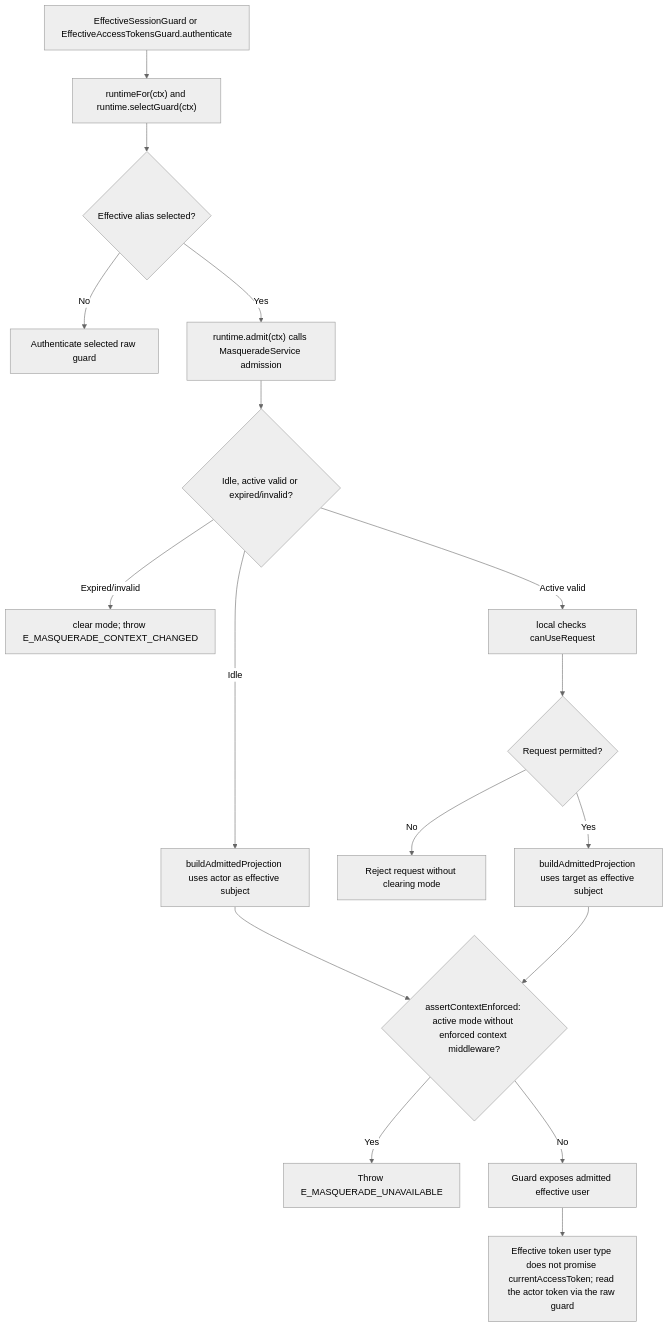
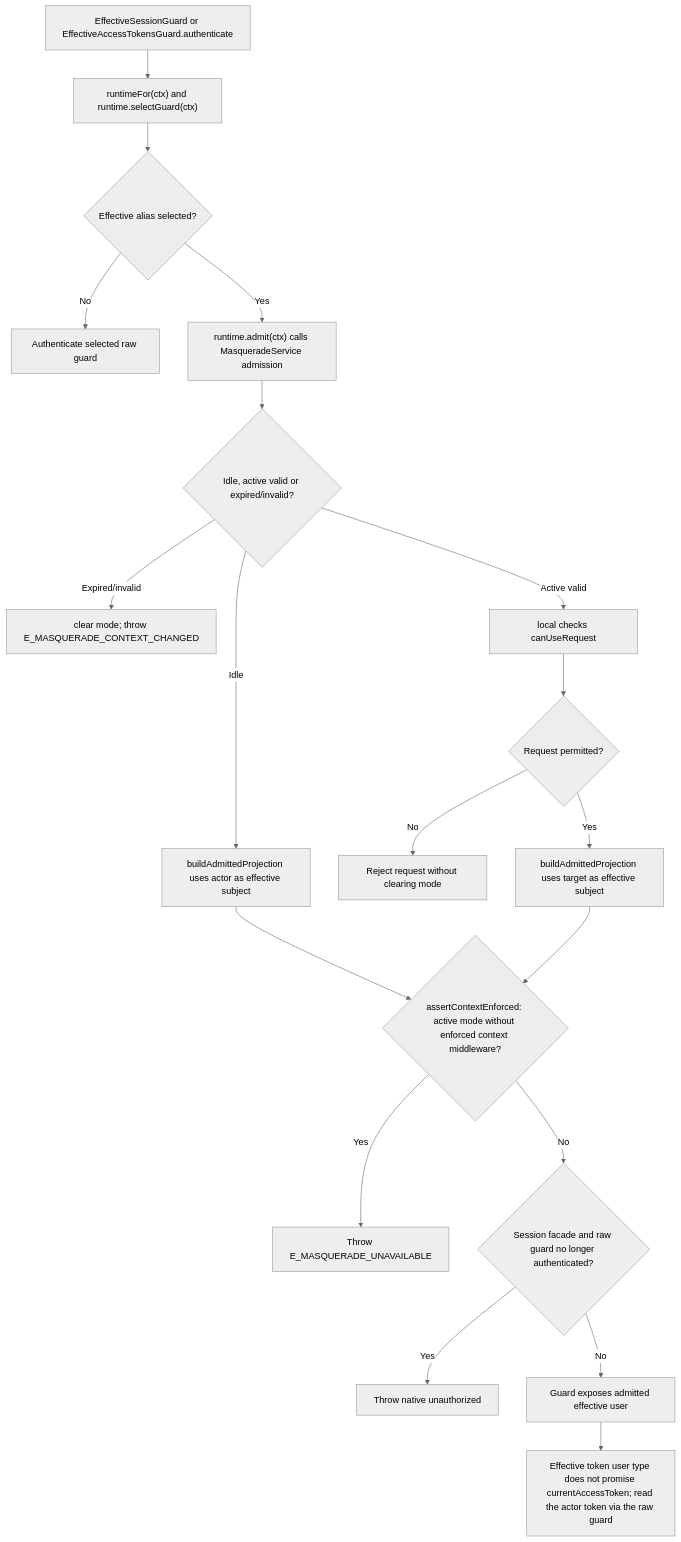
The second of 2 diagrams in user-stories/view-effective-account/us-actor-02-view-effective-account.md (Kevinjohn/oss-adonisjs-masquerade), drawn with Mermaid (neutral theme) before and after one commit. The commit also changed 26 other files, not shown here.

````diff
--- a/user-stories/view-effective-account/us-actor-02-view-effective-account.md
+++ b/user-stories/view-effective-account/us-actor-02-view-effective-account.md
@@ -39,19 +39,21 @@
 ```mermaid
 flowchart TD
     A["EffectiveSessionGuard or EffectiveAccessTokensGuard.authenticate"] --> B["runtimeFor(ctx) and runtime.selectGuard(ctx)"]
     B --> C{"Effective alias selected?"}
     C -->|No| D["Authenticate selected raw guard"]
     C -->|Yes| E["runtime.admit(ctx) calls MasqueradeService admission"]
     E --> F{"Idle, active valid or expired/invalid?"}
     F -->|Idle| G["buildAdmittedProjection uses actor as effective subject"]
     F -->|Expired/invalid| H["clear mode; throw E_MASQUERADE_CONTEXT_CHANGED"]
     F -->|Active valid| I["local checks canUseRequest"]
     I --> J{"Request permitted?"}
     J -->|No| K["Reject request without clearing mode"]
     J -->|Yes| L["buildAdmittedProjection uses target as effective subject"]
     G --> E2{"assertContextEnforced: active mode without enforced context middleware?"}
     L --> E2
     E2 -->|Yes| Z["Throw E_MASQUERADE_UNAVAILABLE"]
-    E2 -->|No| M["Guard exposes admitted effective user"]
+    E2 -->|No| P{"Session facade and raw guard no longer authenticated?"}
+    P -->|Yes| W["Throw native unauthorized"]
+    P -->|No| M["Guard exposes admitted effective user"]
     M --> N["Effective token user type does not promise currentAccessToken; read the actor token via the raw guard"]
 ```
````
